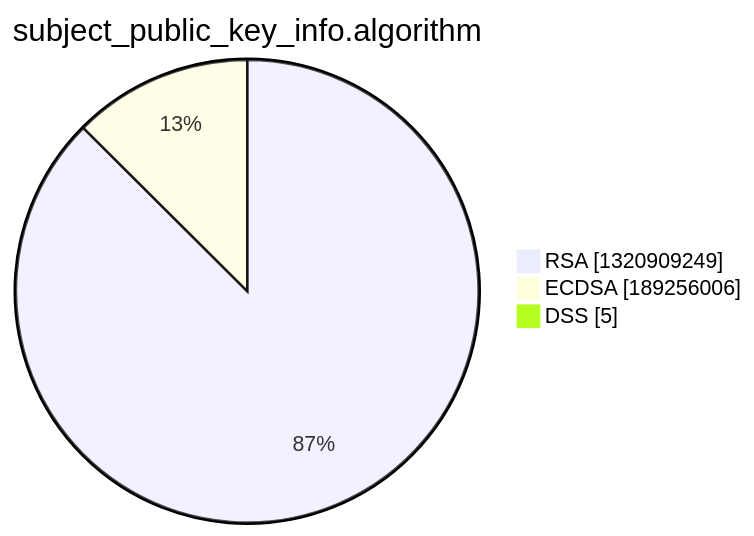
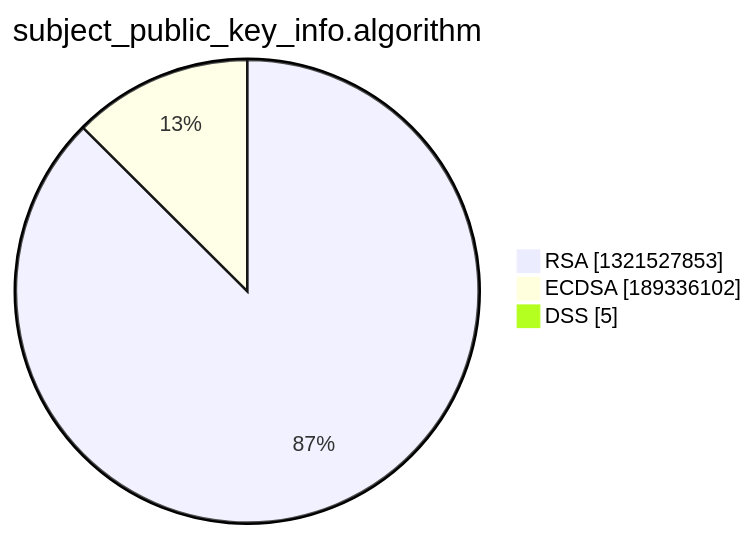
One commit to christiankrug/ctmonitor_visualization changed the third of 15 diagrams in xenon2022/README.md. Above: the diagram before and after it, drawn with Mermaid. The commit also changed other lines of this file, not shown here.

````diff
--- a/xenon2022/README.md
+++ b/xenon2022/README.md
@@ -14,7 +14,7 @@
 ```mermaid
 pie showData
 title subject_public_key_info.algorithm
-"RSA" :1320909249
-"ECDSA" :189256006
+"RSA" :1321527853
+"ECDSA" :189336102
 "DSS" :5
 ```
````
